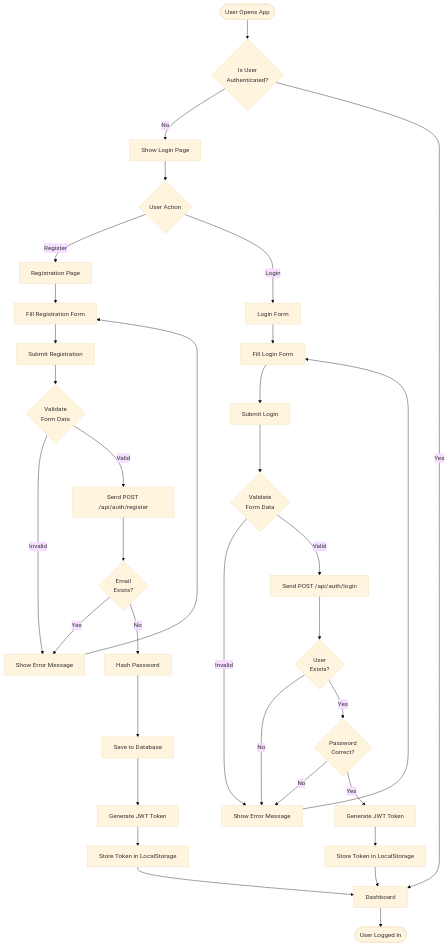
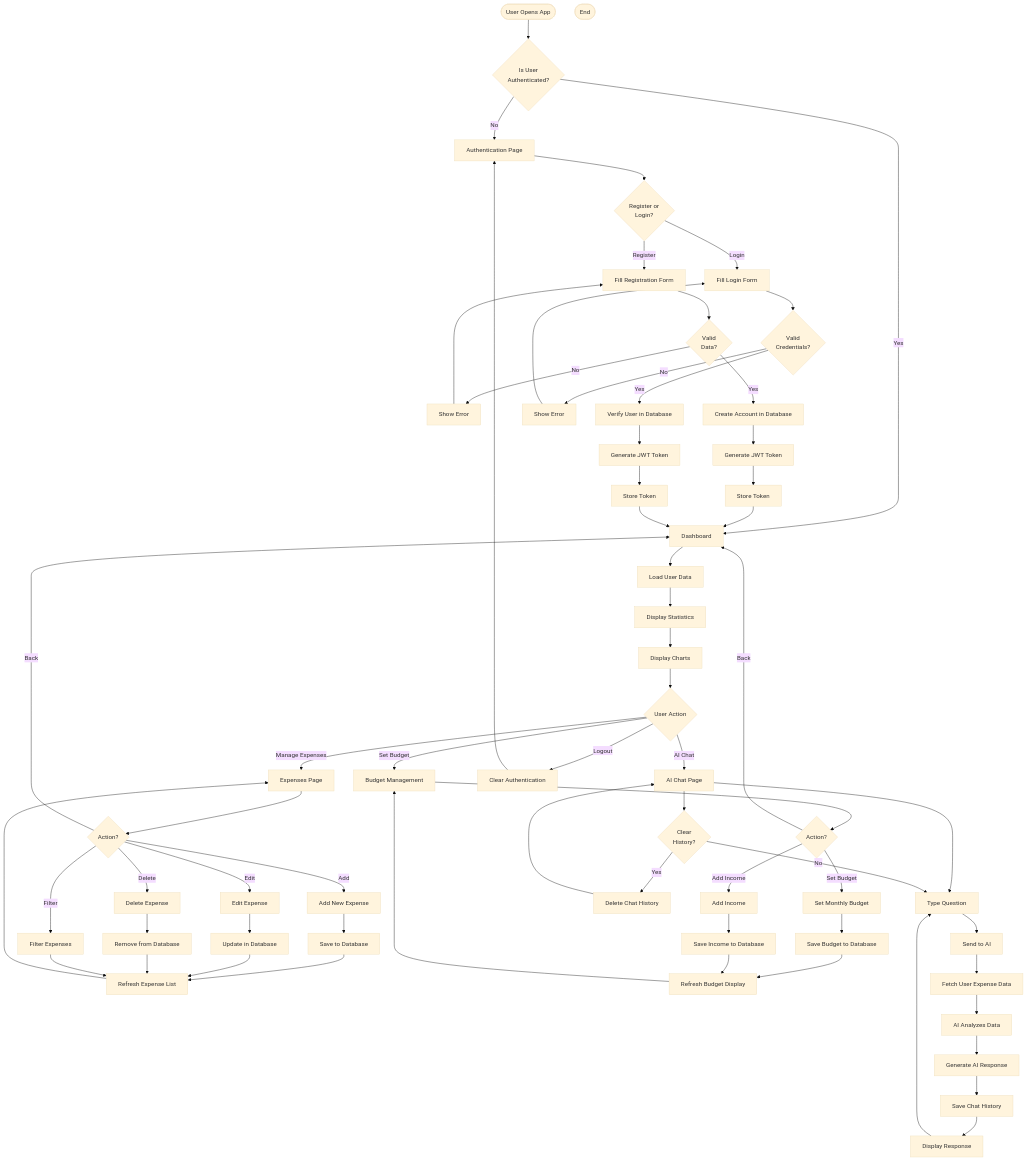
The diagram in diagrams/activity-diagram.md (DeNoella/ai_expense_tracker_app), drawn with Mermaid (base theme) before and after one commit. The commit also changed other lines of this file and 3 other files, not shown here.

Commit message:
Updated the diagrams

````diff
--- a/diagrams/activity-diagram.md
+++ b/diagrams/activity-diagram.md
@@ -5,40 +5,81 @@
 ```mermaid
 flowchart TD
     Start([User Opens App]) --> CheckAuth{Is User<br/>Authenticated?}
-    CheckAuth -->|No| ShowLogin[Show Login Page]
+    
+    CheckAuth -->|No| AuthPage[Authentication Page]
     CheckAuth -->|Yes| Dashboard[Dashboard]
     
-    ShowLogin --> UserChoice{User Action}
-    UserChoice -->|Register| RegisterPage[Registration Page]
-    UserChoice -->|Login| LoginForm[Login Form]
+    AuthPage --> AuthChoice{Register or<br/>Login?}
+    AuthChoice -->|Register| Register[Fill Registration Form]
+    AuthChoice -->|Login| Login[Fill Login Form]
     
-    RegisterPage --> FillRegForm[Fill Registration Form]
-    FillRegForm --> SubmitReg[Submit Registration]
-    SubmitReg --> ValidateReg{Validate<br/>Form Data}
-    ValidateReg -->|Invalid| ShowRegError[Show Error Message]
-    ShowRegError --> FillRegForm
-    ValidateReg -->|Valid| SendRegRequest[Send POST /api/auth/register]
-    SendRegRequest --> CheckEmail{Email<br/>Exists?}
-    CheckEmail -->|Yes| ShowRegError
-    CheckEmail -->|No| HashPassword[Hash Password]
-    HashPassword --> SaveUser[Save to Database]
-    SaveUser --> GenerateToken[Generate JWT Token]
-    GenerateToken --> StoreToken[Store Token in LocalStorage]
-    StoreToken --> Dashboard
+    Register --> ValidateReg{Valid<br/>Data?}
+    ValidateReg -->|No| ShowRegError[Show Error]
+    ShowRegError --> Register
+    ValidateReg -->|Yes| CreateAccount[Create Account in Database]
+    CreateAccount --> GenerateToken1[Generate JWT Token]
+    GenerateToken1 --> StoreAuth1[Store Token]
+    StoreAuth1 --> Dashboard
     
-    LoginForm --> FillLoginForm[Fill Login Form]
-    FillLoginForm --> SubmitLogin[Submit Login]
-    SubmitLogin --> ValidateLogin{Validate<br/>Form Data}
-    ValidateLogin -->|Invalid| ShowLoginError[Show Error Message]
-    ShowLoginError --> FillLoginForm
-    ValidateLogin -->|Valid| SendLoginRequest[Send POST /api/auth/login]
-    SendLoginRequest --> FindUser{User<br/>Exists?}
-    FindUser -->|No| ShowLoginError
-    FindUser -->|Yes| VerifyPassword{Password<br/>Correct?}
-    VerifyPassword -->|No| ShowLoginError
-    VerifyPassword -->|Yes| GenerateToken2[Generate JWT Token]
-    GenerateToken2 --> StoreToken2[Store Token in LocalStorage]
-    StoreToken2 --> Dashboard
+    Login --> ValidateLogin{Valid<br/>Credentials?}
+    ValidateLogin -->|No| ShowLoginError[Show Error]
+    ShowLoginError --> Login
+    ValidateLogin -->|Yes| VerifyUser[Verify User in Database]
+    VerifyUser --> GenerateToken2[Generate JWT Token]
+    GenerateToken2 --> StoreAuth2[Store Token]
+    StoreAuth2 --> Dashboard
     
-    Dashboard --> End([User Logged In])
+    Dashboard --> LoadData[Load User Data]
+    LoadData --> DisplayStats[Display Statistics]
+    DisplayStats --> DisplayCharts[Display Charts]
+    DisplayCharts --> UserAction{User Action}
+    
+    UserAction -->|Manage Expenses| ExpensePage[Expenses Page]
+    UserAction -->|Set Budget| BudgetPage[Budget Management]
+    UserAction -->|AI Chat| ChatPage[AI Chat Page]
+    UserAction -->|Logout| ClearAuth[Clear Authentication]
+    ClearAuth --> AuthPage
+    
+    ExpensePage --> ExpenseAction{Action?}
+    ExpenseAction -->|Add| AddExpense[Add New Expense]
+    ExpenseAction -->|Edit| EditExpense[Edit Expense]
+    ExpenseAction -->|Delete| DeleteExpense[Delete Expense]
+    ExpenseAction -->|Filter| FilterExpenses[Filter Expenses]
+    ExpenseAction -->|Back| Dashboard
+    
+    AddExpense --> SaveExpense[Save to Database]
+    EditExpense --> UpdateExpense[Update in Database]
+    DeleteExpense --> RemoveExpense[Remove from Database]
+    SaveExpense --> RefreshExpenses[Refresh Expense List]
+    UpdateExpense --> RefreshExpenses
+    RemoveExpense --> RefreshExpenses
+    FilterExpenses --> RefreshExpenses
+    RefreshExpenses --> ExpensePage
+    
+    BudgetPage --> BudgetAction{Action?}
+    BudgetAction -->|Set Budget| SetBudget[Set Monthly Budget]
+    BudgetAction -->|Add Income| AddIncome[Add Income]
+    BudgetAction -->|Back| Dashboard
+    
+    SetBudget --> SaveBudget[Save Budget to Database]
+    AddIncome --> SaveIncome[Save Income to Database]
+    SaveBudget --> RefreshBudget[Refresh Budget Display]
+    SaveIncome --> RefreshBudget
+    RefreshBudget --> BudgetPage
+    
+    ChatPage --> TypeQuestion[Type Question]
+    TypeQuestion --> SendQuestion[Send to AI]
+    SendQuestion --> FetchUserData[Fetch User Expense Data]
+    FetchUserData --> Analyze[AI Analyzes Data]
+    Analyze --> GenerateResponse[Generate AI Response]
+    GenerateResponse --> SaveChat[Save Chat History]
+    SaveChat --> DisplayResponse[Display Response]
+    DisplayResponse --> TypeQuestion
+    
+    ChatPage --> ClearChat{Clear<br/>History?}
+    ClearChat -->|Yes| DeleteHistory[Delete Chat History]
+    DeleteHistory --> ChatPage
+    ClearChat -->|No| TypeQuestion
+    
+    End([End])
 ```
````
